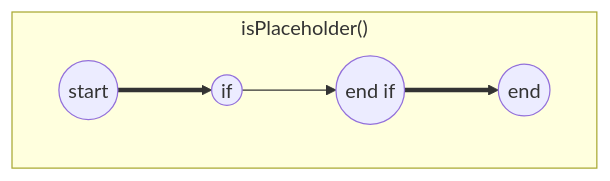
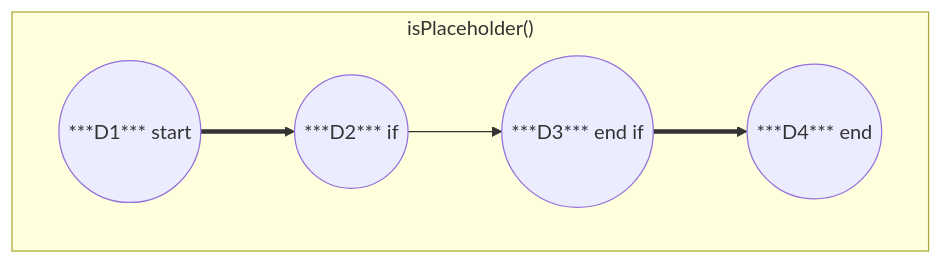
One commit to AlbelNox/EAN-Progamm changed the fourth of 8 diagrams in Walkthrough.md. Above: the diagram before and after it, drawn with Mermaid. The commit also changed other lines of this file, not shown here.

First line of the commit message:
Amend Controll flow graphs with identifikators per field

````diff
--- a/Walkthrough.md
+++ b/Walkthrough.md
@@ -154,8 +154,8 @@
 ```mermaid
 graph TD
 subgraph "isPlaceholder()"
-A((start)) ==> B((if))
-B --> C((end if))
-C ==> D((end))
+A((***D1*** start)) ==> B((***D2*** if))
+B --> C((***D3*** end if))
+C ==> D((***D4*** end))
 end
 ```
````
